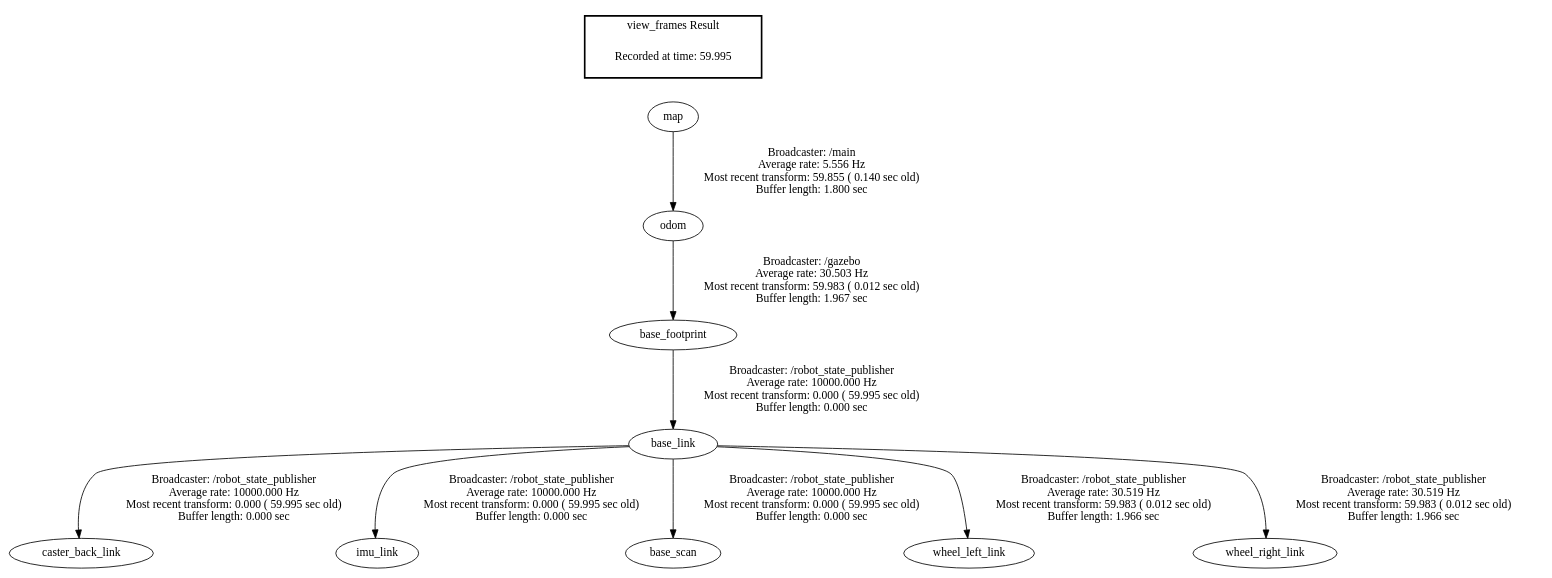
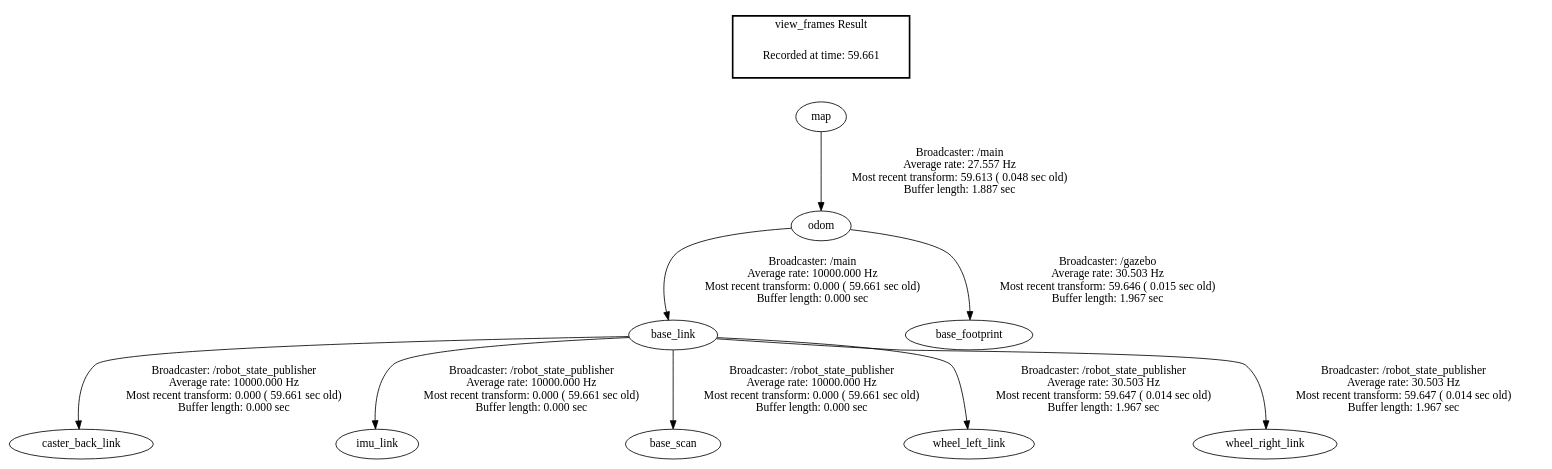
One commit to CoCoKayya18/Spezialisierung-2 changed the diagram in frames.gv. Above: the diagram before and after it, drawn with Graphviz. The commit also changed 395 other files, not shown here.

```diff
--- a/frames.gv
+++ b/frames.gv
@@ -1,14 +1,14 @@
 digraph G {
-"base_footprint" -> "base_link"[label="Broadcaster: /robot_state_publisher\nAverage rate: 10000.000 Hz\nMost recent transform: 0.000 ( 59.995 sec old)\nBuffer length: 0.000 sec\n"];
-"odom" -> "base_footprint"[label="Broadcaster: /gazebo\nAverage rate: 30.503 Hz\nMost recent transform: 59.983 ( 0.012 sec old)\nBuffer length: 1.967 sec\n"];
-"base_link" -> "caster_back_link"[label="Broadcaster: /robot_state_publisher\nAverage rate: 10000.000 Hz\nMost recent transform: 0.000 ( 59.995 sec old)\nBuffer length: 0.000 sec\n"];
-"base_link" -> "imu_link"[label="Broadcaster: /robot_state_publisher\nAverage rate: 10000.000 Hz\nMost recent transform: 0.000 ( 59.995 sec old)\nBuffer length: 0.000 sec\n"];
-"base_link" -> "base_scan"[label="Broadcaster: /robot_state_publisher\nAverage rate: 10000.000 Hz\nMost recent transform: 0.000 ( 59.995 sec old)\nBuffer length: 0.000 sec\n"];
-"map" -> "odom"[label="Broadcaster: /main\nAverage rate: 5.556 Hz\nMost recent transform: 59.855 ( 0.140 sec old)\nBuffer length: 1.800 sec\n"];
-"base_link" -> "wheel_left_link"[label="Broadcaster: /robot_state_publisher\nAverage rate: 30.519 Hz\nMost recent transform: 59.983 ( 0.012 sec old)\nBuffer length: 1.966 sec\n"];
-"base_link" -> "wheel_right_link"[label="Broadcaster: /robot_state_publisher\nAverage rate: 30.519 Hz\nMost recent transform: 59.983 ( 0.012 sec old)\nBuffer length: 1.966 sec\n"];
+"odom" -> "base_link"[label="Broadcaster: /main\nAverage rate: 10000.000 Hz\nMost recent transform: 0.000 ( 59.661 sec old)\nBuffer length: 0.000 sec\n"];
+"odom" -> "base_footprint"[label="Broadcaster: /gazebo\nAverage rate: 30.503 Hz\nMost recent transform: 59.646 ( 0.015 sec old)\nBuffer length: 1.967 sec\n"];
+"base_link" -> "caster_back_link"[label="Broadcaster: /robot_state_publisher\nAverage rate: 10000.000 Hz\nMost recent transform: 0.000 ( 59.661 sec old)\nBuffer length: 0.000 sec\n"];
+"base_link" -> "imu_link"[label="Broadcaster: /robot_state_publisher\nAverage rate: 10000.000 Hz\nMost recent transform: 0.000 ( 59.661 sec old)\nBuffer length: 0.000 sec\n"];
+"base_link" -> "base_scan"[label="Broadcaster: /robot_state_publisher\nAverage rate: 10000.000 Hz\nMost recent transform: 0.000 ( 59.661 sec old)\nBuffer length: 0.000 sec\n"];
+"map" -> "odom"[label="Broadcaster: /main\nAverage rate: 27.557 Hz\nMost recent transform: 59.613 ( 0.048 sec old)\nBuffer length: 1.887 sec\n"];
+"base_link" -> "wheel_left_link"[label="Broadcaster: /robot_state_publisher\nAverage rate: 30.503 Hz\nMost recent transform: 59.647 ( 0.014 sec old)\nBuffer length: 1.967 sec\n"];
+"base_link" -> "wheel_right_link"[label="Broadcaster: /robot_state_publisher\nAverage rate: 30.503 Hz\nMost recent transform: 59.647 ( 0.014 sec old)\nBuffer length: 1.967 sec\n"];
 edge [style=invis];
  subgraph cluster_legend { style=bold; color=black; label ="view_frames Result";
-"Recorded at time: 59.995"[ shape=plaintext ] ;
+"Recorded at time: 59.661"[ shape=plaintext ] ;
  }->"map";
 }
```
